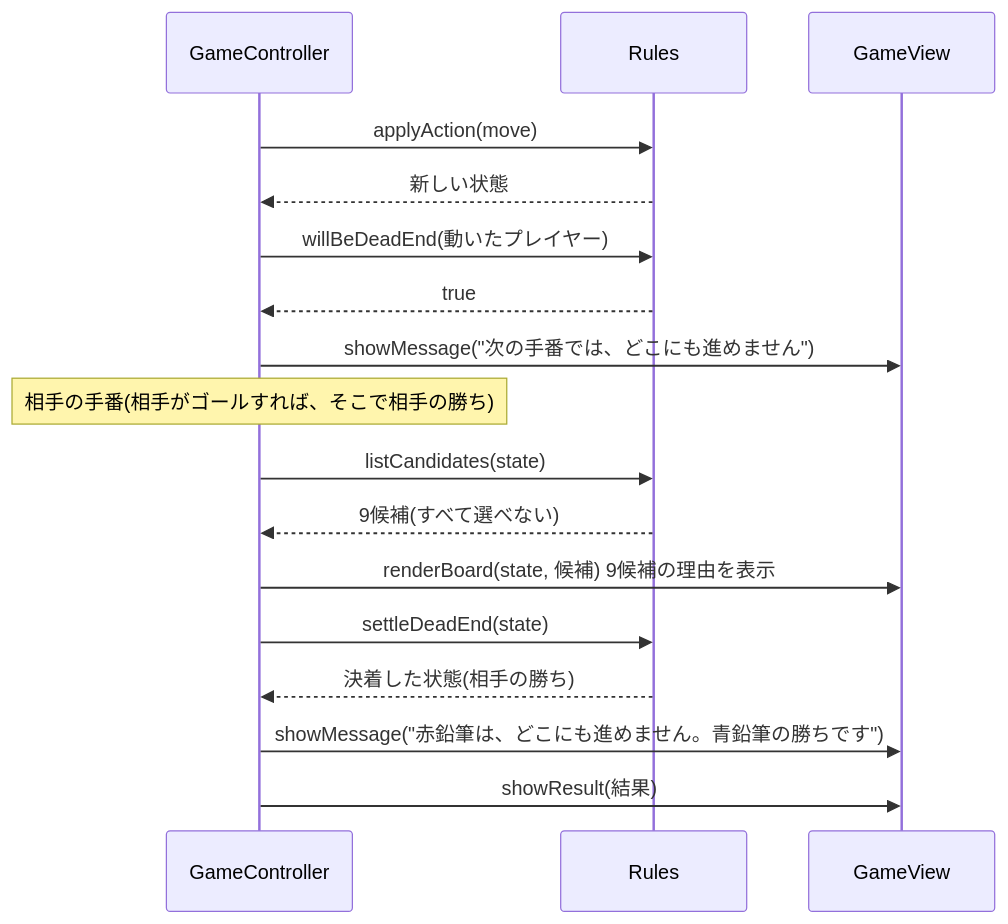
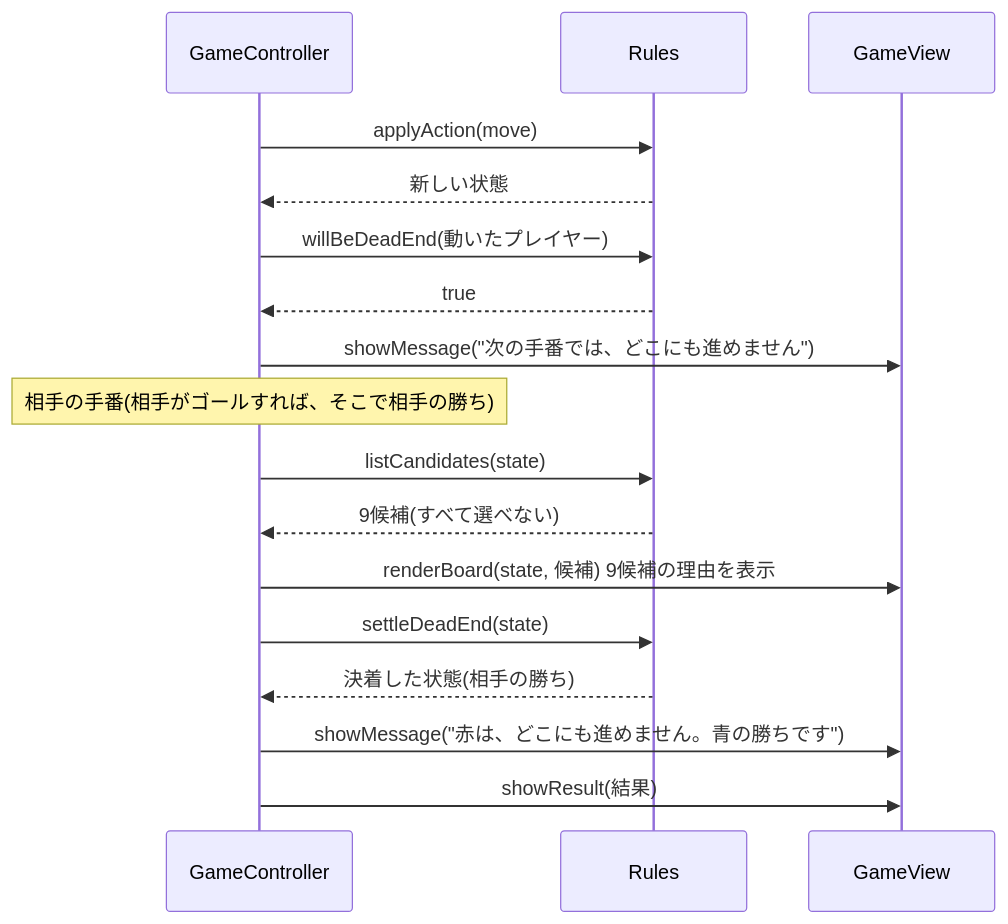
Before and after one commit to nogawa-asase/race-track: the fourth of 5 diagrams in docs/functional-design.md, drawn with Mermaid. The commit also changed other lines of this file, not shown here.

````diff
--- a/docs/functional-design.md
+++ b/docs/functional-design.md
@@ -626,20 +626,20 @@
 ```mermaid
 sequenceDiagram
     participant Ctrl as GameController
     participant Rules
     participant View as GameView
 
     Ctrl->>Rules: applyAction(move)
     Rules-->>Ctrl: 新しい状態
     Ctrl->>Rules: willBeDeadEnd(動いたプレイヤー)
     Rules-->>Ctrl: true
     Ctrl->>View: showMessage("次の手番では、どこにも進めません")
     Note over Ctrl: 相手の手番(相手がゴールすれば、そこで相手の勝ち)
     Ctrl->>Rules: listCandidates(state)
     Rules-->>Ctrl: 9候補(すべて選べない)
     Ctrl->>View: renderBoard(state, 候補) 9候補の理由を表示
     Ctrl->>Rules: settleDeadEnd(state)
     Rules-->>Ctrl: 決着した状態(相手の勝ち)
-    Ctrl->>View: showMessage("赤鉛筆は、どこにも進めません。青鉛筆の勝ちです")
+    Ctrl->>View: showMessage("赤は、どこにも進めません。青の勝ちです")
     Ctrl->>View: showResult(結果)
 ```
````
